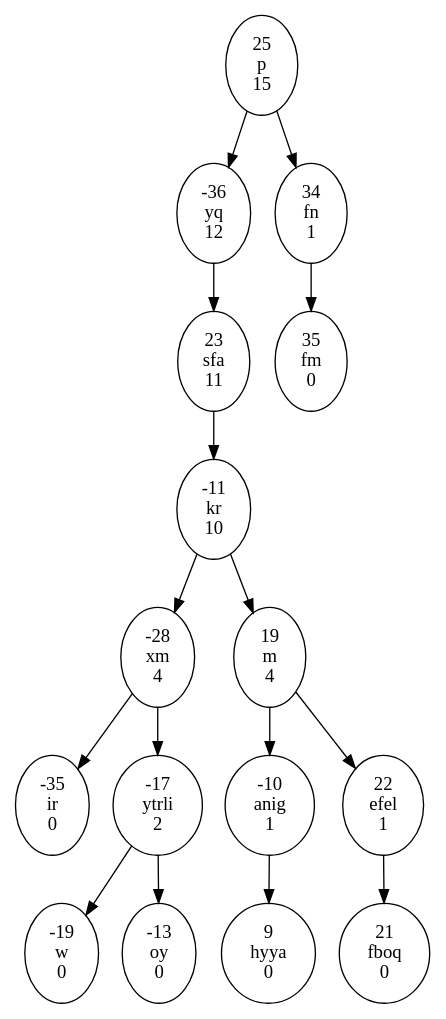
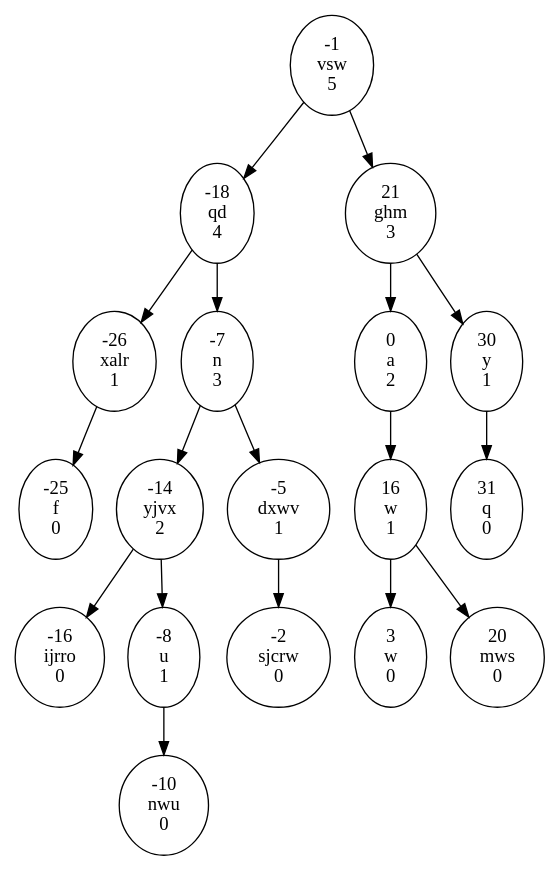
The diagram in AVL/test.dot (piotr-obroslak/Algorithmic_Tasks), drawn with Graphviz before and after one commit.

```diff
--- a/AVL/test.dot
+++ b/AVL/test.dot
@@ -1,33 +1,37 @@
 digraph testAVL {
-	N_36[label="-36\nyq\n12"]
-	N_36->N23
-	N_35[label="-35\nir\n0"]
-	N_28[label="-28\nxm\n4"]
-	N_28->N_35
-	N_28->N_17
-	N_19[label="-19\nw\n0"]
-	N_17[label="-17\nytrli\n2"]
-	N_17->N_19
-	N_17->N_13
-	N_13[label="-13\noy\n0"]
-	N_11[label="-11\nkr\n10"]
-	N_11->N_28
-	N_11->N19
-	N_10[label="-10\nanig\n1"]
-	N_10->N9
-	N9[label="9\nhyya\n0"]
-	N19[label="19\nm\n4"]
-	N19->N_10
-	N19->N22
-	N21[label="21\nfboq\n0"]
-	N22[label="22\nefel\n1"]
-	N22->N21
-	N23[label="23\nsfa\n11"]
-	N23->N_11
-	N25[label="25\np\n15"]
-	N25->N_36
-	N25->N34
-	N34[label="34\nfn\n1"]
-	N34->N35
-	N35[label="35\nfm\n0"]
+	N_26[label="-26\nxalr\n1"]
+	N_26->N_25
+	N_25[label="-25\nf\n0"]
+	N_18[label="-18\nqd\n4"]
+	N_18->N_26
+	N_18->N_7
+	N_16[label="-16\nijrro\n0"]
+	N_14[label="-14\nyjvx\n2"]
+	N_14->N_16
+	N_14->N_8
+	N_10[label="-10\nnwu\n0"]
+	N_8[label="-8\nu\n1"]
+	N_8->N_10
+	N_7[label="-7\nn\n3"]
+	N_7->N_14
+	N_7->N_5
+	N_5[label="-5\ndxwv\n1"]
+	N_5->N_2
+	N_2[label="-2\nsjcrw\n0"]
+	N_1[label="-1\nvsw\n5"]
+	N_1->N_18
+	N_1->N21
+	N0[label="0\na\n2"]
+	N0->N16
+	N3[label="3\nw\n0"]
+	N16[label="16\nw\n1"]
+	N16->N3
+	N16->N20
+	N20[label="20\nmws\n0"]
+	N21[label="21\nghm\n3"]
+	N21->N0
+	N21->N30
+	N30[label="30\ny\n1"]
+	N30->N31
+	N31[label="31\nq\n0"]
 }
```
